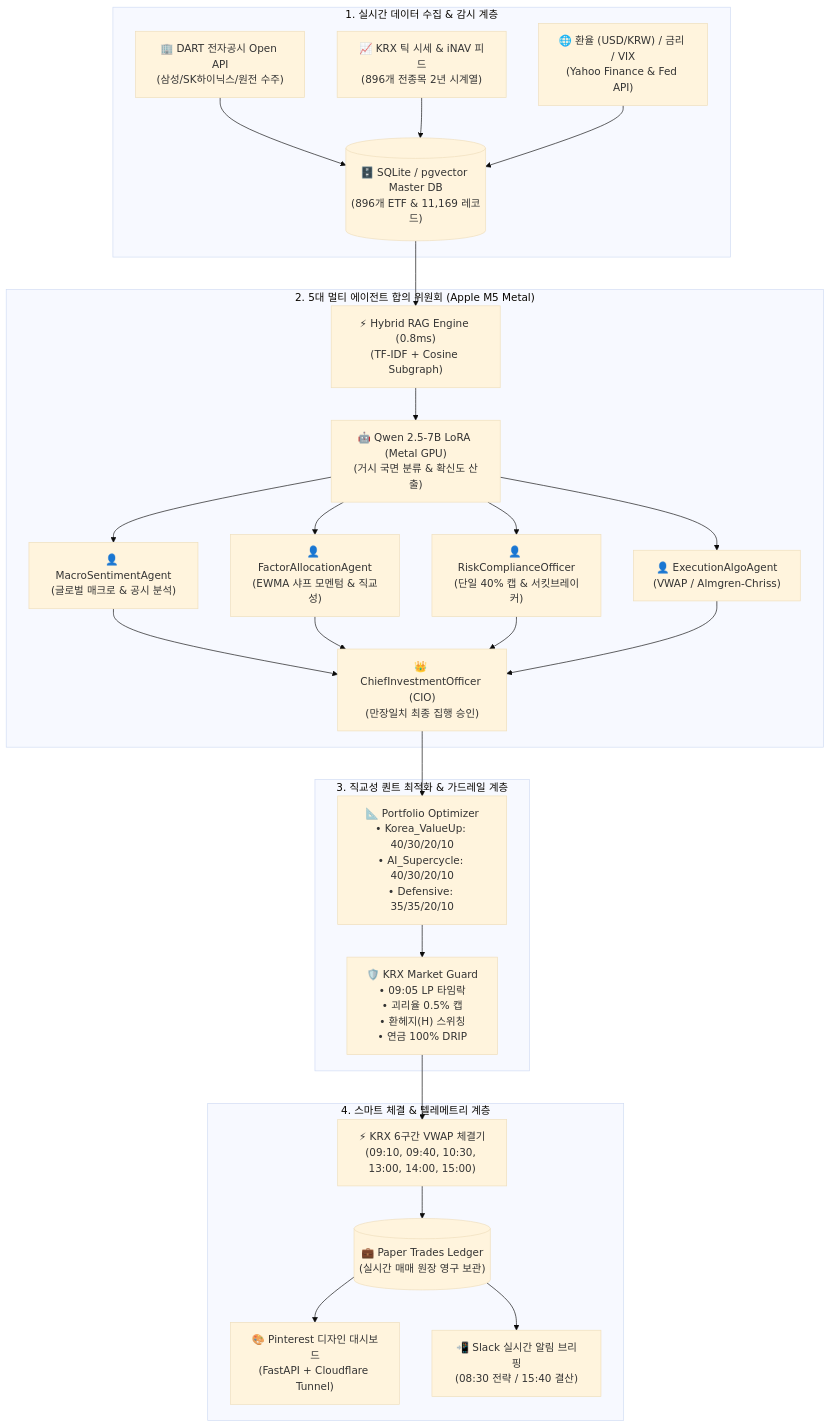
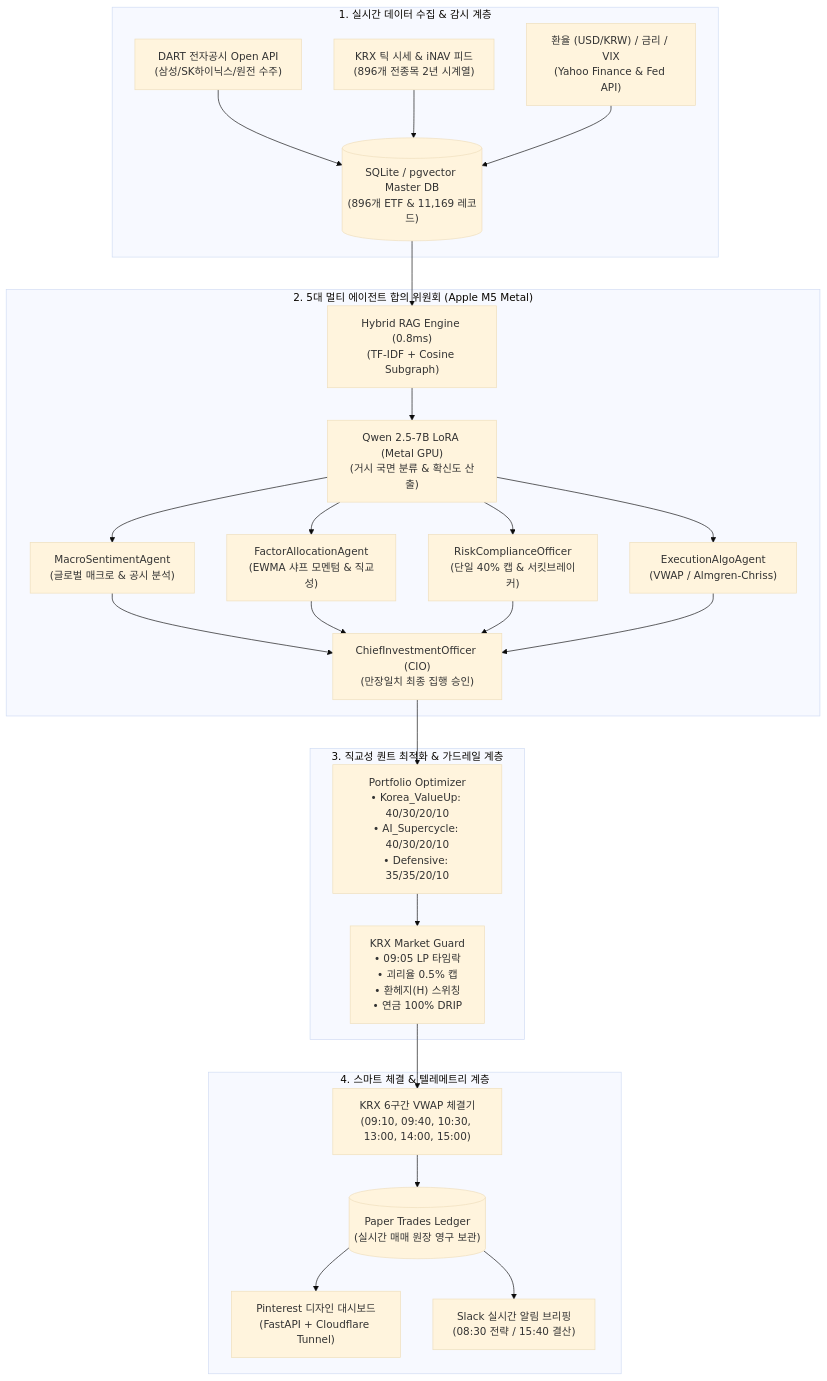
One commit to rntqkdl/ETF_moneytoday changed the first of 2 diagrams in README.md. Above: the diagram before and after it, drawn with Mermaid (base theme). The commit also changed other lines of this file, not shown here.

Commit message:
fix(docs): resolve Mermaid syntax error by renaming Opt reserved keyword to QuantOptimizer

````diff
--- a/README.md
+++ b/README.md
@@ -88,44 +88,44 @@
 ```mermaid
 flowchart TD
     subgraph Data_Layer ["1. 실시간 데이터 수집 & 감시 계층"]
-        DART["🏢 DART 전자공시 Open API\n(삼성/SK하이닉스/원전 수주)"]
-        KRX_Feed["📈 KRX 틱 시세 & iNAV 피드\n(896개 전종목 2년 시계열)"]
-        Macro["🌐 환율 (USD/KRW) / 금리 / VIX\n(Yahoo Finance & Fed API)"]
-        DB[("🗄️ SQLite / pgvector Master DB\n(896개 ETF & 11,169 레코드)")]
+        DART["DART 전자공시 Open API\n(삼성/SK하이닉스/원전 수주)"]
+        KRX_Feed["KRX 틱 시세 & iNAV 피드\n(896개 전종목 2년 시계열)"]
+        Macro["환율 (USD/KRW) / 금리 / VIX\n(Yahoo Finance & Fed API)"]
+        DB[("SQLite / pgvector Master DB\n(896개 ETF & 11,169 레코드)")]
         
         DART & KRX_Feed & Macro --> DB
     end
 
     subgraph AI_Committee ["2. 5대 멀티 에이전트 합의 위원회 (Apple M5 Metal)"]
-        RAG["⚡ Hybrid RAG Engine (0.8ms)\n(TF-IDF + Cosine Subgraph)"]
-        Qwen_LoRA["🤖 Qwen 2.5-7B LoRA (Metal GPU)\n(거시 국면 분류 & 확신도 산출)"]
+        RAG["Hybrid RAG Engine (0.8ms)\n(TF-IDF + Cosine Subgraph)"]
+        Qwen_LoRA["Qwen 2.5-7B LoRA (Metal GPU)\n(거시 국면 분류 & 확신도 산출)"]
         
-        A1["👤 MacroSentimentAgent\n(글로벌 매크로 & 공시 분석)"]
-        A2["👤 FactorAllocationAgent\n(EWMA 샤프 모멘텀 & 직교성)"]
-        A3["👤 RiskComplianceOfficer\n(단일 40% 캡 & 서킷브레이커)"]
-        A4["👤 ExecutionAlgoAgent\n(VWAP / Almgren-Chriss)"]
-        CIO["👑 ChiefInvestmentOfficer (CIO)\n(만장일치 최종 집행 승인)"]
+        A1["MacroSentimentAgent\n(글로벌 매크로 & 공시 분석)"]
+        A2["FactorAllocationAgent\n(EWMA 샤프 모멘텀 & 직교성)"]
+        A3["RiskComplianceOfficer\n(단일 40% 캡 & 서킷브레이커)"]
+        A4["ExecutionAlgoAgent\n(VWAP / Almgren-Chriss)"]
+        CIO["ChiefInvestmentOfficer (CIO)\n(만장일치 최종 집행 승인)"]
 
         DB --> RAG --> Qwen_LoRA
         Qwen_LoRA --> A1 & A2 & A3 & A4
         A1 & A2 & A3 & A4 --> CIO
     end
 
     subgraph Optimization_Layer ["3. 직교성 퀀트 최적화 & 가드레일 계층"]
-        Optimizer["📐 Portfolio Optimizer\n• Korea_ValueUp: 40/30/20/10\n• AI_Supercycle: 40/30/20/10\n• Defensive: 35/35/20/10"]
-        KRX_Guard["🛡️ KRX Market Guard\n• 09:05 LP 타임락\n• 괴리율 0.5% 캡\n• 환헤지(H) 스위칭\n• 연금 100% DRIP"]
+        QuantOptimizer["Portfolio Optimizer\n• Korea_ValueUp: 40/30/20/10\n• AI_Supercycle: 40/30/20/10\n• Defensive: 35/35/20/10"]
+        KRX_Guard["KRX Market Guard\n• 09:05 LP 타임락\n• 괴리율 0.5% 캡\n• 환헤지(H) 스위칭\n• 연금 100% DRIP"]
         
-        CIO --> Optimizer --> KRX_Guard
+        CIO --> QuantOptimizer --> KRX_Guard
     end
 
     subgraph Execution_Layer ["4. 스마트 체결 & 텔레메트리 계층"]
-        VWAP_Engine["⚡ KRX 6구간 VWAP 체결기\n(09:10, 09:40, 10:30, 13:00, 14:00, 15:00)"]
-        Paper_Ledger[("💼 Paper Trades Ledger\n(실시간 매매 원장 영구 보관)")]
-        Dashboard["🎨 Pinterest 디자인 대시보드\n(FastAPI + Cloudflare Tunnel)"]
-        Slack["📲 Slack 실시간 알림 브리핑\n(08:30 전략 / 15:40 결산)"]
+        VWAP_Engine["KRX 6구간 VWAP 체결기\n(09:10, 09:40, 10:30, 13:00, 14:00, 15:00)"]
+        Paper_Ledger[("Paper Trades Ledger\n(실시간 매매 원장 영구 보관)")]
+        Dashboard["Pinterest 디자인 대시보드\n(FastAPI + Cloudflare Tunnel)"]
+        Slack["Slack 실시간 알림 브리핑\n(08:30 전략 / 15:40 결산)"]
 
         KRX_Guard --> VWAP_Engine
         VWAP_Engine --> Paper_Ledger
         Paper_Ledger --> Dashboard & Slack
     end
 ```
````
